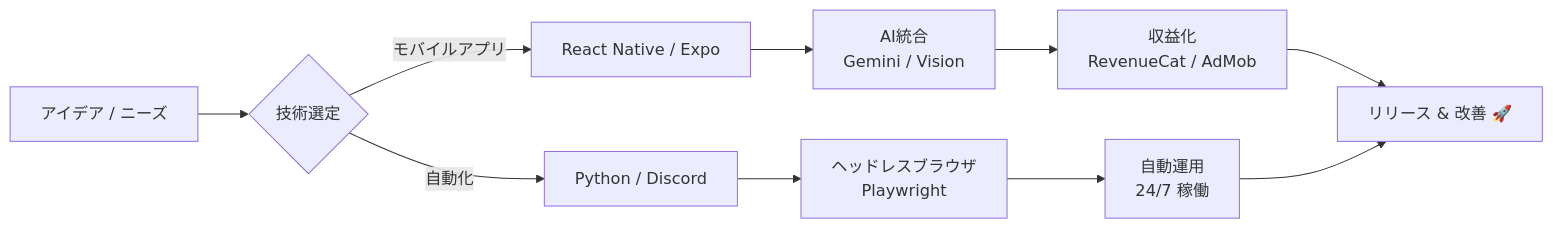
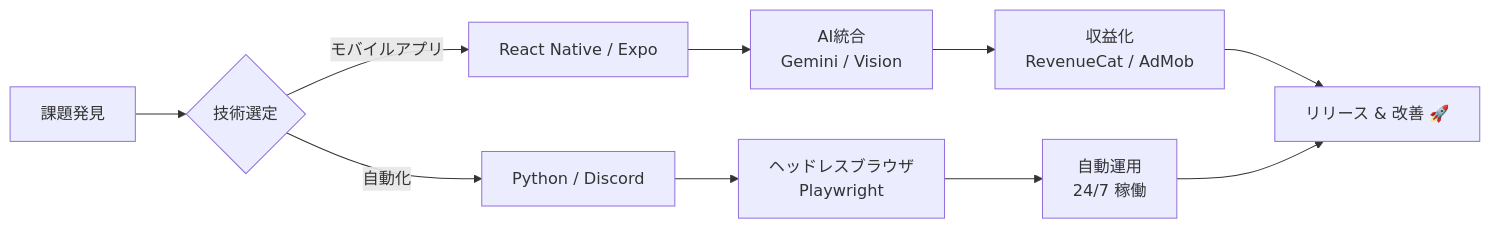
The diagram in README.md (41Yr9/41Yr9), drawn with Mermaid before and after one commit. The commit also changed other lines of this file, not shown here.

````diff
--- a/README.md
+++ b/README.md
@@ -147,15 +204,15 @@
 ```mermaid
 graph LR
-    A[アイデア / ニーズ] --> B{技術選定}
+    A[課題発見] --> B{技術選定}
     B -->|モバイルアプリ| C[React Native / Expo]
     B -->|自動化| D[Python / Discord]
     
     C --> E[AI統合<br>Gemini / Vision]
     D --> F[ヘッドレスブラウザ<br>Playwright]
     
     E --> G[収益化<br>RevenueCat / AdMob]
     F --> H[自動運用<br>24/7 稼働]
     
     G --> I[リリース & 改善 🚀]
     H --> I
 ```
````
